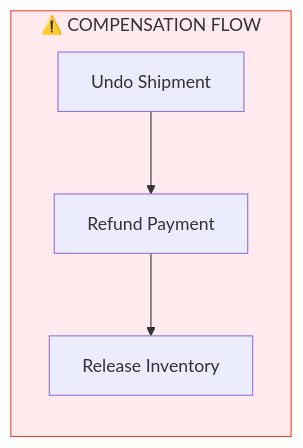
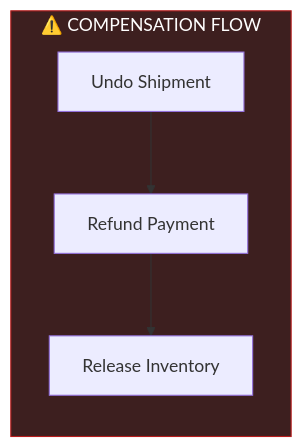
The third of 6 diagrams in docs/messaging/sagas.md (dlrivada/Encina), drawn with Mermaid before and after one commit. The commit also changed other lines of this file and 6 other files, not shown here.

First line of the commit message:
docs: replace hardcoded light-mode Mermaid colors with dark equivalents

````diff
--- a/docs/messaging/sagas.md
+++ b/docs/messaging/sagas.md
@@ -104,13 +104,13 @@
 ```mermaid
 flowchart RL
     subgraph Compensation["⚠️ COMPENSATION FLOW"]
         direction TB
         C3[Undo Shipment]
         C2[Refund Payment]
         C1[Release Inventory]
 
         C3 --> C2 --> C1
     end
 
-    style Compensation fill:#FFEBEE,stroke:#F44336
+    style Compensation fill:#3d1f1f,stroke:#b71c1c,color:#fff
 ```
````
